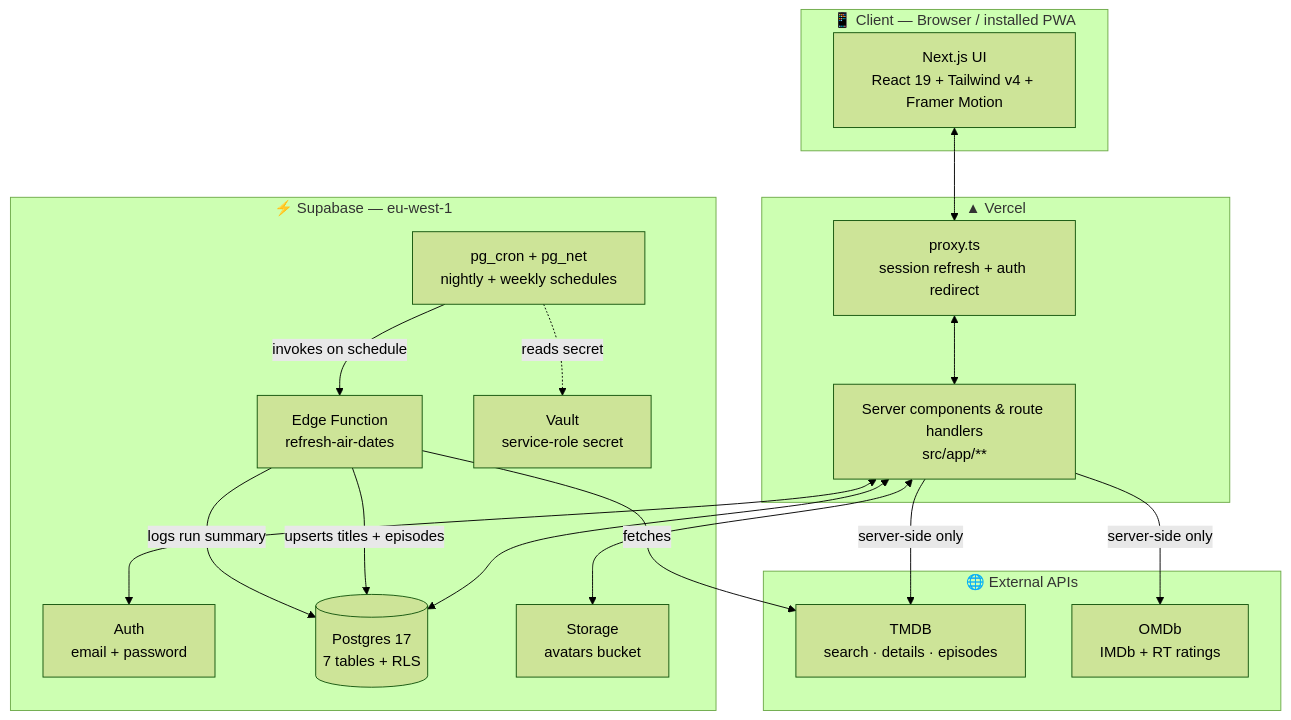
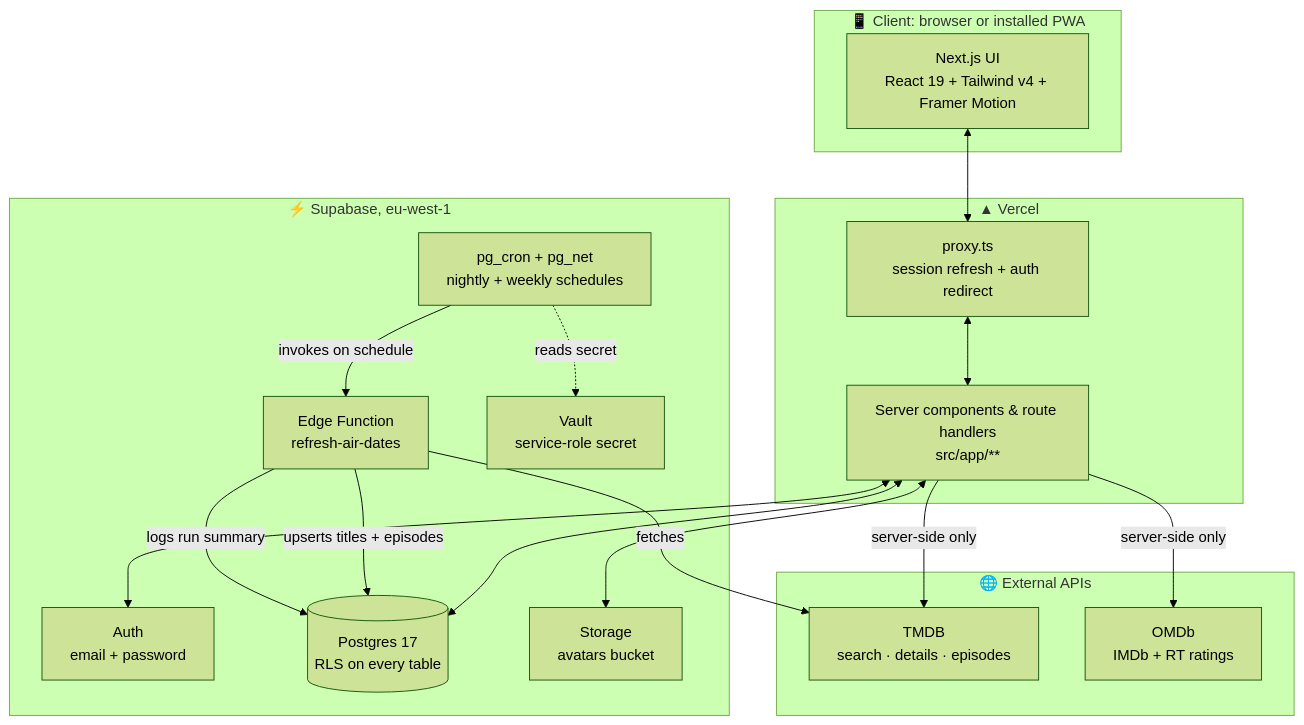
The first of 8 diagrams in README.md (anshu-ravi/tv-tracker), drawn with Mermaid (forest theme) before and after one commit. The commit also changed other lines of this file and 11 other files, not shown here.

````diff
--- a/README.md
+++ b/README.md
@@ -114,38 +114,38 @@
 ```mermaid
 graph TB
-    subgraph Client["📱 Client — Browser / installed PWA"]
+    subgraph Client["📱 Client: browser or installed PWA"]
         UI["Next.js UI<br/>React 19 + Tailwind v4 + Framer Motion"]
     end
 
     subgraph Vercel["▲ Vercel"]
         Proxy["proxy.ts<br/>session refresh + auth redirect"]
         RSC["Server components & route handlers<br/>src/app/**"]
     end
 
-    subgraph Supabase["⚡ Supabase — eu-west-1"]
+    subgraph Supabase["⚡ Supabase, eu-west-1"]
         Auth["Auth<br/>email + password"]
-        DB[("Postgres 17<br/>7 tables + RLS")]
+        DB[("Postgres 17<br/>RLS on every table")]
         Storage["Storage<br/>avatars bucket"]
         Edge["Edge Function<br/>refresh-air-dates"]
         Cron["pg_cron + pg_net<br/>nightly + weekly schedules"]
         Vault["Vault<br/>service-role secret"]
     end
 
     subgraph External["🌐 External APIs"]
         TMDB["TMDB<br/>search · details · episodes"]
         OMDb["OMDb<br/>IMDb + RT ratings"]
     end
 
     UI <--> Proxy
     Proxy <--> RSC
     RSC -->|server-side only| TMDB
     RSC -->|server-side only| OMDb
     RSC <--> Auth
     RSC <--> DB
     RSC <--> Storage
     Cron -.->|reads secret| Vault
     Cron -->|invokes on schedule| Edge
     Edge -->|fetches| TMDB
     Edge -->|upserts titles + episodes| DB
     Edge -->|logs run summary| DB
 ```
````
